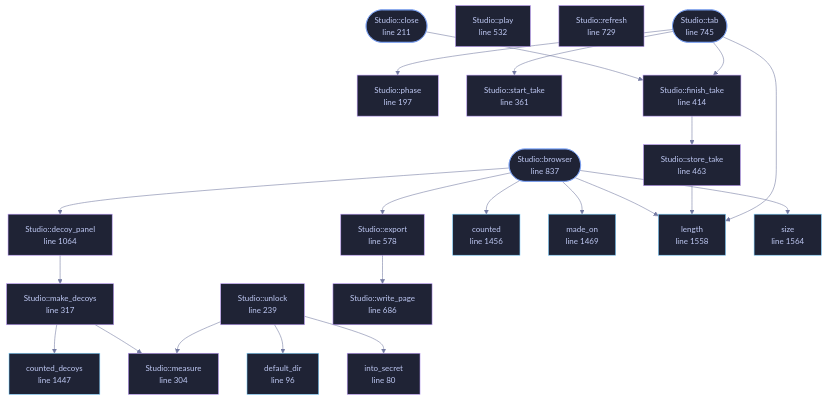
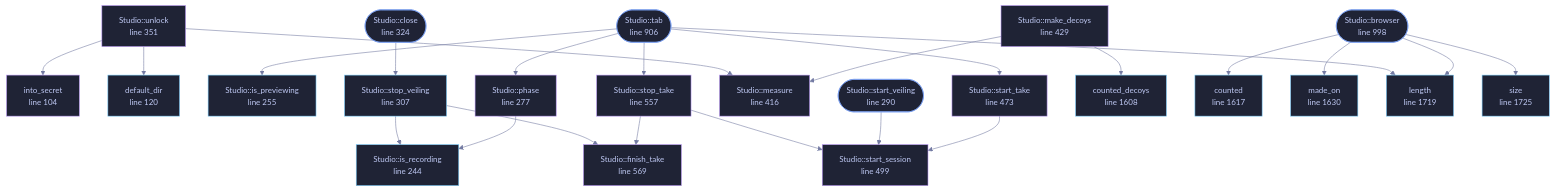
The diagram in wiki/File-veilvoice-gui-studio.md (tilas01/veilvoice), drawn with Mermaid before and after one commit. The commit also changed other lines of this file and 100 other files, not shown here.

First line of the commit message:
studio: live scramble is not a tab beside this one, it is this one

````diff
--- a/wiki/File-veilvoice-gui-studio.md
+++ b/wiki/File-veilvoice-gui-studio.md
@@ -122,74 +152,76 @@
 ```mermaid
 %%{init: {"theme":"base","themeVariables":{"background":"#1a1b26","primaryColor":"#1f2335","primaryTextColor":"#c0caf5","primaryBorderColor":"#7aa2f7","secondaryColor":"#16161e","tertiaryColor":"#16161e","lineColor":"#737aa2","textColor":"#c0caf5","mainBkg":"#1f2335","nodeBorder":"#7aa2f7","clusterBkg":"#16161e","clusterBorder":"#2f3549","fontFamily":"ui-monospace, SFMono-Regular, Consolas, monospace","fontSize":"14px"}}}%%
 flowchart TD
-    n_into_secret["into_secret<br/>line 80"]
-    n_default_dir["default_dir<br/>line 96"]
-    n_phase["Studio::phase<br/>line 197"]
-    n_close(["Studio::close<br/>line 211"])
-    n_unlock["Studio::unlock<br/>line 239"]
-    n_measure["Studio::measure<br/>line 304"]
-    n_make_decoys["Studio::make_decoys<br/>line 317"]
-    n_start_take["Studio::start_take<br/>line 361"]
-    n_finish_take["Studio::finish_take<br/>line 414"]
-    n_store_take["Studio::store_take<br/>line 463"]
-    n_play["Studio::play<br/>line 532"]
-    n_export["Studio::export<br/>line 578"]
-    n_write_page["Studio::write_page<br/>line 686"]
-    n_refresh["Studio::refresh<br/>line 729"]
-    n_tab(["Studio::tab<br/>line 745"])
-    n_browser(["Studio::browser<br/>line 837"])
-    n_decoy_panel["Studio::decoy_panel<br/>line 1064"]
-    n_counted_decoys["counted_decoys<br/>line 1447"]
-    n_counted["counted<br/>line 1456"]
-    n_made_on["made_on<br/>line 1469"]
-    n_length["length<br/>line 1558"]
-    n_size["size<br/>line 1564"]
+    n_into_secret["into_secret<br/>line 104"]
+    n_default_dir["default_dir<br/>line 120"]
+    n_is_recording["Studio::is_recording<br/>line 244"]
+    n_is_previewing["Studio::is_previewing<br/>line 255"]
+    n_phase["Studio::phase<br/>line 277"]
+    n_start_veiling(["Studio::start_veiling<br/>line 290"])
+    n_stop_veiling["Studio::stop_veiling<br/>line 307"]
+    n_close(["Studio::close<br/>line 324"])
+    n_unlock["Studio::unlock<br/>line 351"]
+    n_measure["Studio::measure<br/>line 416"]
+    n_make_decoys["Studio::make_decoys<br/>line 429"]
+    n_start_take["Studio::start_take<br/>line 473"]
+    n_start_session["Studio::start_session<br/>line 499"]
+    n_stop_take["Studio::stop_take<br/>line 557"]
+    n_finish_take["Studio::finish_take<br/>line 569"]
+    n_tab(["Studio::tab<br/>line 906"])
+    n_browser(["Studio::browser<br/>line 998"])
+    n_counted_decoys["counted_decoys<br/>line 1608"]
+    n_counted["counted<br/>line 1617"]
+    n_made_on["made_on<br/>line 1630"]
+    n_length["length<br/>line 1719"]
+    n_size["size<br/>line 1725"]
     n_browser --> n_counted
-    n_browser --> n_decoy_panel
-    n_browser --> n_export
     n_browser --> n_length
     n_browser --> n_made_on
     n_browser --> n_size
-    n_close --> n_finish_take
-    n_decoy_panel --> n_make_decoys
-    n_export --> n_write_page
-    n_finish_take --> n_store_take
+    n_close --> n_stop_veiling
     n_make_decoys --> n_counted_decoys
     n_make_decoys --> n_measure
-    n_store_take --> n_length
-    n_tab --> n_finish_take
+    n_phase --> n_is_recording
+    n_start_take --> n_start_session
+    n_start_veiling --> n_start_session
+    n_stop_take --> n_finish_take
+    n_stop_take --> n_start_session
+    n_stop_veiling --> n_finish_take
+    n_stop_veiling --> n_is_recording
+    n_tab --> n_is_previewing
     n_tab --> n_length
     n_tab --> n_phase
     n_tab --> n_start_take
+    n_tab --> n_stop_take
     n_unlock --> n_default_dir
     n_unlock --> n_into_secret
     n_unlock --> n_measure
-    click n_into_secret href "https://github.com/tilas01/veilvoice/blob/main/crates/veilvoice-gui/src/studio.rs#L80" "open the source"
-    click n_default_dir href "https://github.com/tilas01/veilvoice/blob/main/crates/veilvoice-gui/src/studio.rs#L96" "open the source"
-    click n_phase href "https://github.com/tilas01/veilvoice/blob/main/crates/veilvoice-gui/src/studio.rs#L197" "open the source"
-    click n_close href "https://github.com/tilas01/veilvoice/blob/main/crates/veilvoice-gui/src/studio.rs#L211" "open the source"
-    click n_unlock href "https://github.com/tilas01/veilvoice/blob/main/crates/veilvoice-gui/src/studio.rs#L239" "open the source"
-    click n_measure href "https://github.com/tilas01/veilvoice/blob/main/crates/veilvoice-gui/src/studio.rs#L304" "open the source"
-    click n_make_decoys href "https://github.com/tilas01/veilvoice/blob/main/crates/veilvoice-gui/src/studio.rs#L317" "open the source"
-    click n_start_take href "https://github.com/tilas01/veilvoice/blob/main/crates/veilvoice-gui/src/studio.rs#L361" "open the source"
-    click n_finish_take href "https://github.com/tilas01/veilvoice/blob/main/crates/veilvoice-gui/src/studio.rs#L414" "open the source"
-    click n_store_take href "https://github.com/tilas01/veilvoice/blob/main/crates/veilvoice-gui/src/studio.rs#L463" "open the source"
-    click n_play href "https://github.com/tilas01/veilvoice/blob/main/crates/veilvoice-gui/src/studio.rs#L532" "open the source"
-    click n_export href "https://github.com/tilas01/veilvoice/blob/main/crates/veilvoice-gui/src/studio.rs#L578" "open the source"
-    click n_write_page href "https://github.com/tilas01/veilvoice/blob/main/crates/veilvoice-gui/src/studio.rs#L686" "open the source"
-    click n_refresh href "https://github.com/tilas01/veilvoice/blob/main/crates/veilvoice-gui/src/studio.rs#L729" "open the source"
-    click n_tab href "https://github.com/tilas01/veilvoice/blob/main/crates/veilvoice-gui/src/studio.rs#L745" "open the source"
-    click n_browser href "https://github.com/tilas01/veilvoice/blob/main/crates/veilvoice-gui/src/studio.rs#L837" "open the source"
-    click n_decoy_panel href "https://github.com/tilas01/veilvoice/blob/main/crates/veilvoice-gui/src/studio.rs#L1064" "open the source"
-    click n_counted_decoys href "https://github.com/tilas01/veilvoice/blob/main/crates/veilvoice-gui/src/studio.rs#L1447" "open the source"
-    click n_counted href "https://github.com/tilas01/veilvoice/blob/main/crates/veilvoice-gui/src/studio.rs#L1456" "open the source"
-    click n_made_on href "https://github.com/tilas01/veilvoice/blob/main/crates/veilvoice-gui/src/studio.rs#L1469" "open the source"
-    click n_length href "https://github.com/tilas01/veilvoice/blob/main/crates/veilvoice-gui/src/studio.rs#L1558" "open the source"
-    click n_size href "https://github.com/tilas01/veilvoice/blob/main/crates/veilvoice-gui/src/studio.rs#L1564" "open the source"
+    click n_into_secret href "https://github.com/tilas01/veilvoice/blob/main/crates/veilvoice-gui/src/studio.rs#L104" "open the source"
+    click n_default_dir href "https://github.com/tilas01/veilvoice/blob/main/crates/veilvoice-gui/src/studio.rs#L120" "open the source"
+    click n_is_recording href "https://github.com/tilas01/veilvoice/blob/main/crates/veilvoice-gui/src/studio.rs#L244" "open the source"
+    click n_is_previewing href "https://github.com/tilas01/veilvoice/blob/main/crates/veilvoice-gui/src/studio.rs#L255" "open the source"
+    click n_phase href "https://github.com/tilas01/veilvoice/blob/main/crates/veilvoice-gui/src/studio.rs#L277" "open the source"
+    click n_start_veiling href "https://github.com/tilas01/veilvoice/blob/main/crates/veilvoice-gui/src/studio.rs#L290" "open the source"
+    click n_stop_veiling href "https://github.com/tilas01/veilvoice/blob/main/crates/veilvoice-gui/src/studio.rs#L307" "open the source"
+    click n_close href "https://github.com/tilas01/veilvoice/blob/main/crates/veilvoice-gui/src/studio.rs#L324" "open the source"
+    click n_unlock href "https://github.com/tilas01/veilvoice/blob/main/crates/veilvoice-gui/src/studio.rs#L351" "open the source"
+    click n_measure href "https://github.com/tilas01/veilvoice/blob/main/crates/veilvoice-gui/src/studio.rs#L416" "open the source"
+    click n_make_decoys href "https://github.com/tilas01/veilvoice/blob/main/crates/veilvoice-gui/src/studio.rs#L429" "open the source"
+    click n_start_take href "https://github.com/tilas01/veilvoice/blob/main/crates/veilvoice-gui/src/studio.rs#L473" "open the source"
+    click n_start_session href "https://github.com/tilas01/veilvoice/blob/main/crates/veilvoice-gui/src/studio.rs#L499" "open the source"
+    click n_stop_take href "https://github.com/tilas01/veilvoice/blob/main/crates/veilvoice-gui/src/studio.rs#L557" "open the source"
+    click n_finish_take href "https://github.com/tilas01/veilvoice/blob/main/crates/veilvoice-gui/src/studio.rs#L569" "open the source"
+    click n_tab href "https://github.com/tilas01/veilvoice/blob/main/crates/veilvoice-gui/src/studio.rs#L906" "open the source"
+    click n_browser href "https://github.com/tilas01/veilvoice/blob/main/crates/veilvoice-gui/src/studio.rs#L998" "open the source"
+    click n_counted_decoys href "https://github.com/tilas01/veilvoice/blob/main/crates/veilvoice-gui/src/studio.rs#L1608" "open the source"
+    click n_counted href "https://github.com/tilas01/veilvoice/blob/main/crates/veilvoice-gui/src/studio.rs#L1617" "open the source"
+    click n_made_on href "https://github.com/tilas01/veilvoice/blob/main/crates/veilvoice-gui/src/studio.rs#L1630" "open the source"
+    click n_length href "https://github.com/tilas01/veilvoice/blob/main/crates/veilvoice-gui/src/studio.rs#L1719" "open the source"
+    click n_size href "https://github.com/tilas01/veilvoice/blob/main/crates/veilvoice-gui/src/studio.rs#L1725" "open the source"
     classDef entry fill:#1f2335,stroke:#7aa2f7,color:#c0caf5
-    class n_close,n_tab,n_browser entry
+    class n_start_veiling,n_close,n_tab,n_browser entry
     classDef api fill:#1f2335,stroke:#7dcfff,color:#c0caf5
-    class n_default_dir,n_counted_decoys,n_counted,n_made_on,n_length,n_size api
+    class n_default_dir,n_is_recording,n_is_previewing,n_stop_veiling,n_counted_decoys,n_counted,n_made_on,n_length,n_size api
     classDef helper fill:#1f2335,stroke:#bb9af7,color:#c0caf5
-    class n_into_secret,n_phase,n_unlock,n_measure,n_make_decoys,n_start_take,n_finish_take,n_store_take,n_play,n_export,n_write_page,n_refresh,n_decoy_panel helper
+    class n_into_secret,n_phase,n_unlock,n_measure,n_make_decoys,n_start_take,n_start_session,n_stop_take,n_finish_take helper
 ```
````
